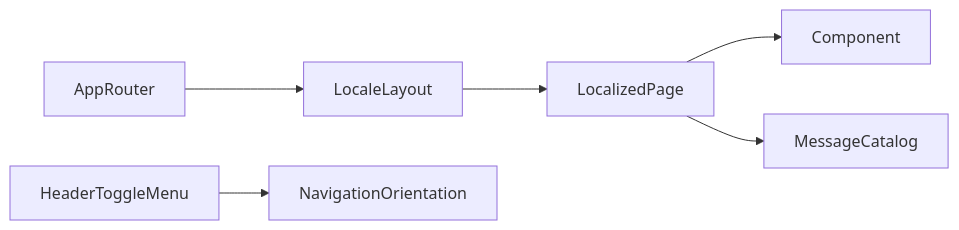
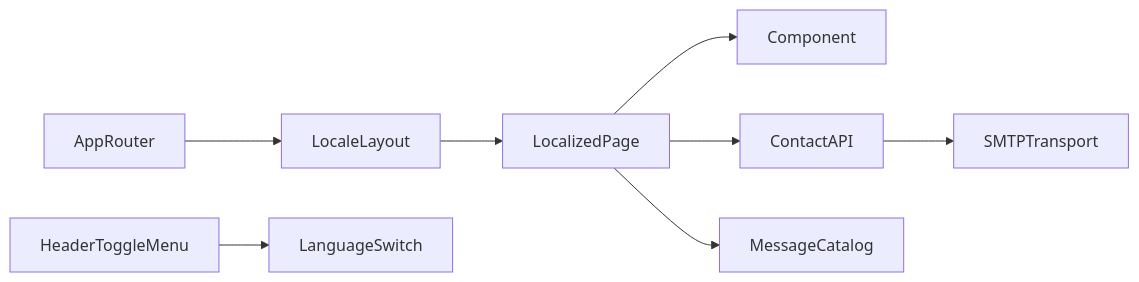
The diagram in lode/terminology.md (ipavic933-spec/website-pavic), drawn with Mermaid before and after one commit. The commit also changed other lines of this file and 6 other files, not shown here.

````diff
--- a/lode/terminology.md
+++ b/lode/terminology.md
@@ -21,8 +23,10 @@
 ```mermaid
 graph LR
   AppRouter --> LocaleLayout
   LocaleLayout --> LocalizedPage
   LocalizedPage --> Component
+  LocalizedPage --> ContactAPI
   LocalizedPage --> MessageCatalog
-  HeaderToggleMenu --> NavigationOrientation
+  HeaderToggleMenu --> LanguageSwitch
+  ContactAPI --> SMTPTransport
 ```
````
